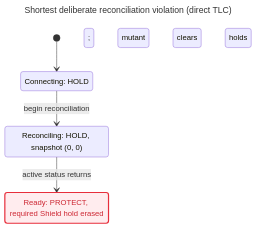
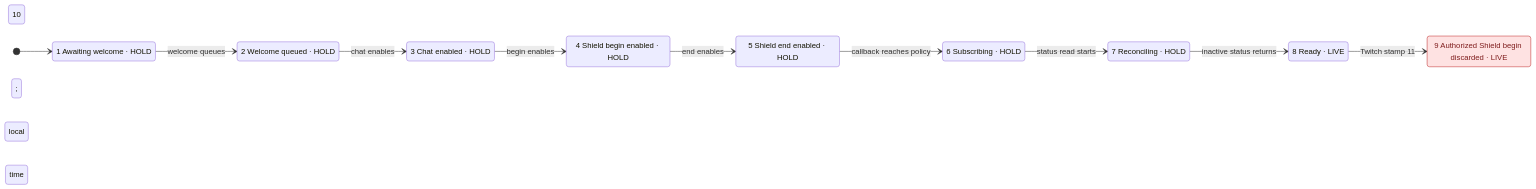
One commit to elannash/irl-shield changed the second of 2 diagrams in docs/model/REPORT.md. Above: the diagram before and after it, drawn with Mermaid. The commit also changed other lines of this file and 46 other files, not shown here.

Commit message:
fix(twitch): hold on stale sessions, skewed clocks and dropped tasks

````diff
--- a/docs/model/REPORT.md
+++ b/docs/model/REPORT.md
@@ -222,14 +262,24 @@
 ```mermaid
----
-title: "Shortest deliberate reconciliation violation (direct TLC)"
----
 stateDiagram-v2
-  state "Connecting: HOLD" as s0
-  state "Reconciling: HOLD, snapshot (0, 0)" as s1
-  state "Ready: PROTECT, required Shield hold erased" as s2
-  [*] --> s0
-  s0 --> s1: begin reconciliation
-  s1 --> s2: active status returns; mutant clears holds
-  classDef breaks fill:#ffecee,stroke:#e72e3b,stroke-width:2.5px,color:#cd2834
-  class s2 breaks
+  direction LR
+  state "1 Awaiting welcome · HOLD" as s1
+  state "2 Welcome queued · HOLD" as s2
+  state "3 Chat enabled · HOLD" as s3
+  state "4 Shield begin enabled · HOLD" as s4
+  state "5 Shield end enabled · HOLD" as s5
+  state "6 Subscribing · HOLD" as s6
+  state "7 Reconciling · HOLD" as s7
+  state "8 Ready · LIVE" as s8
+  state "9 Authorized Shield begin discarded · LIVE" as s9
+  [*] --> s1
+  s1 --> s2: welcome queues
+  s2 --> s3: chat enables
+  s3 --> s4: begin enables
+  s4 --> s5: end enables
+  s5 --> s6: callback reaches policy
+  s6 --> s7: status read starts
+  s7 --> s8: inactive status returns
+  s8 --> s9: Twitch stamp 11; local time 10
+  classDef breaks fill:#fee2e2,stroke:#b91c1c,color:#7f1d1d
+  class s9 breaks
 ```
````
